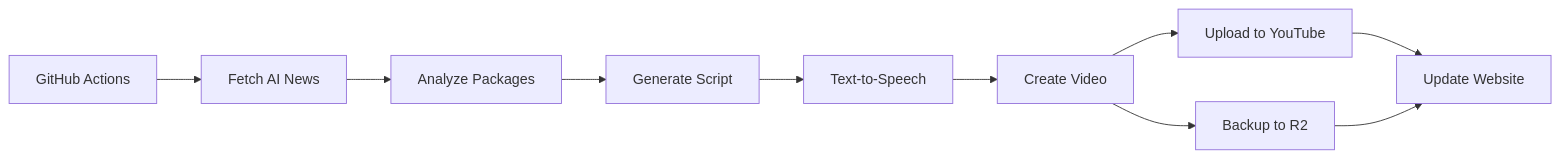
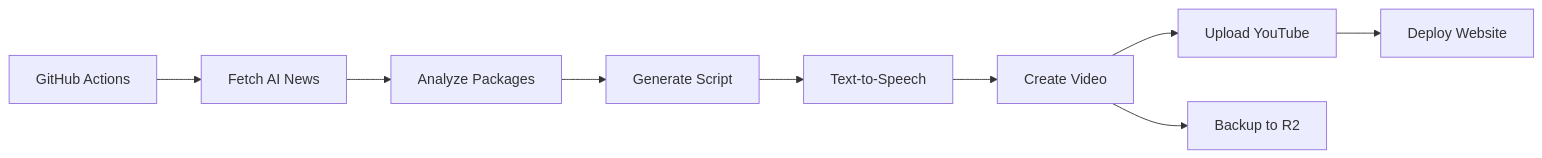
One commit to ruslanmv/tv.ruslanmv changed the diagram in README.md. Above: the diagram before and after it, drawn with Mermaid. The commit also changed other lines of this file and 5 other files, not shown here.

````diff
--- a/README.md
+++ b/README.md
@@ -96,12 +86,11 @@
 ```mermaid
 graph LR
     A[GitHub Actions] --> B[Fetch AI News]
     B --> C[Analyze Packages]
     C --> D[Generate Script]
     D --> E[Text-to-Speech]
     E --> F[Create Video]
-    F --> G[Upload to YouTube]
+    F --> G[Upload YouTube]
     F --> H[Backup to R2]
-    G --> I[Update Website]
-    H --> I
+    G --> I[Deploy Website]
 ```
````
